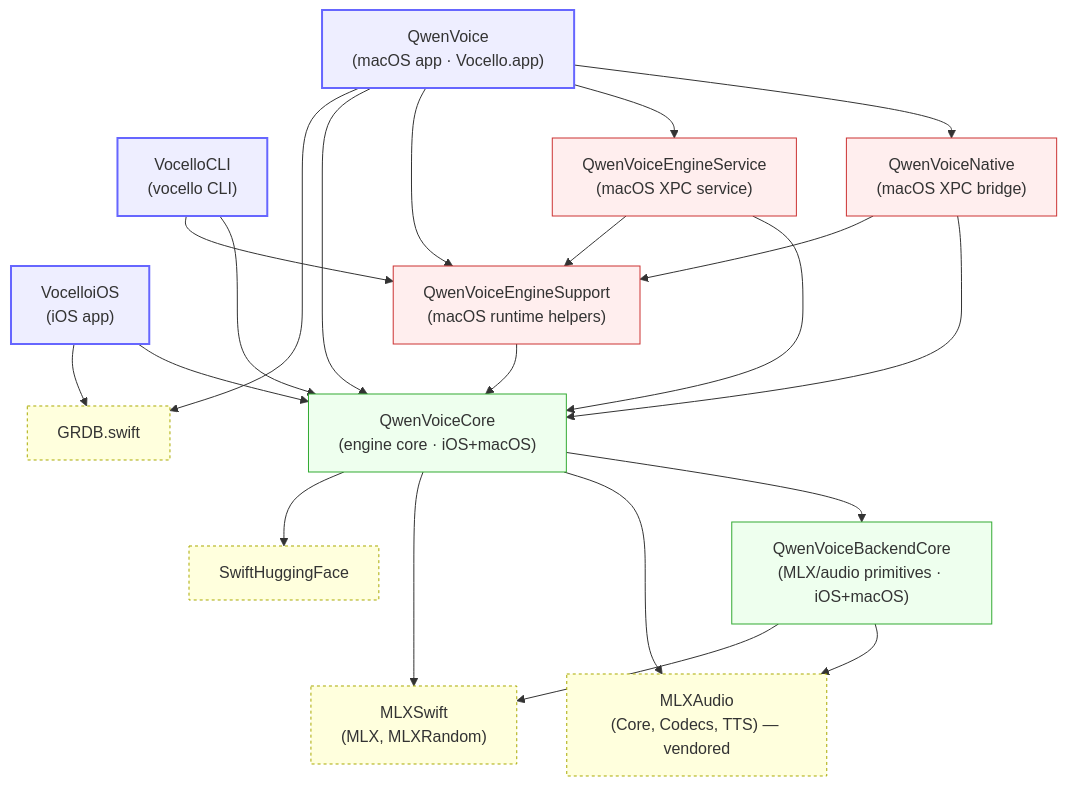
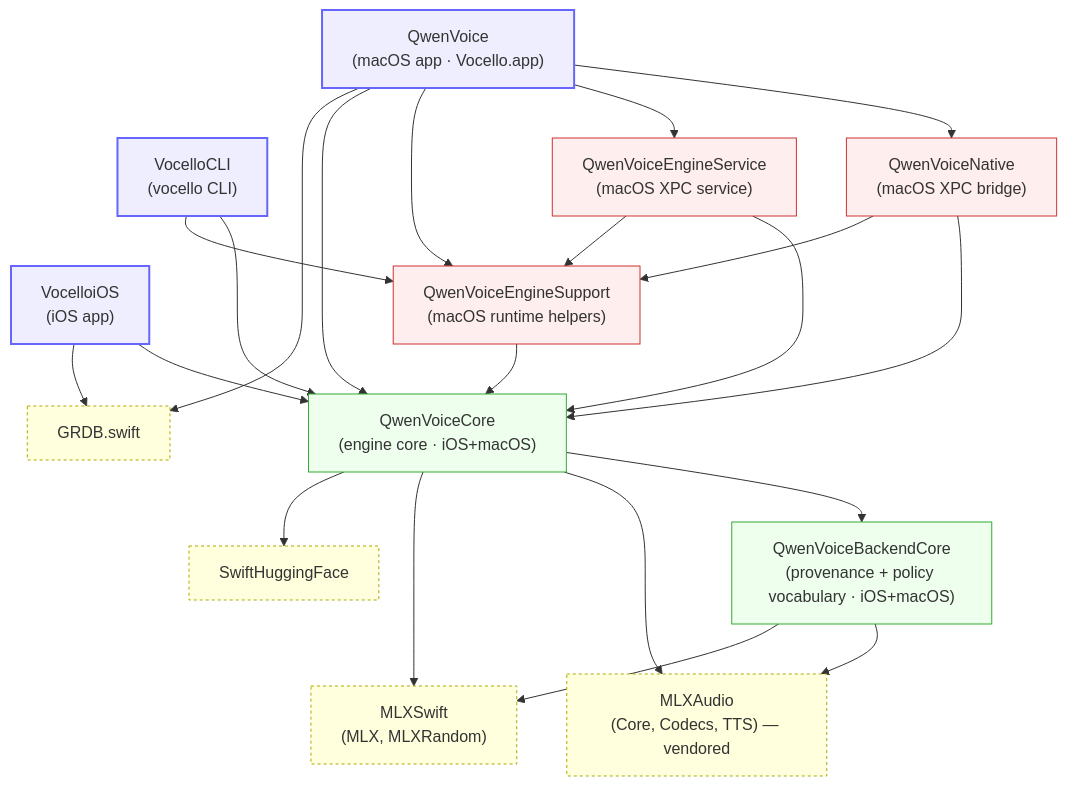
The first of 5 diagrams in docs/ARCHITECTURE.md (PowerBeef/QwenVoice), drawn with Mermaid before and after one commit. The commit also changed other lines of this file and 48 other files, not shown here.

````diff
--- a/docs/ARCHITECTURE.md
+++ b/docs/ARCHITECTURE.md
@@ -42,47 +44,47 @@
 ```mermaid
 graph TD
     classDef app fill:#eef,stroke:#66f,stroke-width:2px;
     classDef fw fill:#efe,stroke:#3a3;
     classDef macfw fill:#fee,stroke:#c33;
     classDef spm fill:#ffd,stroke:#aa0,stroke-dasharray:3 3;
 
     QwenVoice["QwenVoice<br/>(macOS app · Vocello.app)"]:::app
     VocelloiOS["VocelloiOS<br/>(iOS app)"]:::app
     VocelloCLI["VocelloCLI<br/>(vocello CLI)"]:::app
 
     QwenVoiceNative["QwenVoiceNative<br/>(macOS XPC bridge)"]:::macfw
     QwenVoiceEngineService["QwenVoiceEngineService<br/>(macOS XPC service)"]:::macfw
     QwenVoiceEngineSupport["QwenVoiceEngineSupport<br/>(macOS runtime helpers)"]:::macfw
     QwenVoiceCore["QwenVoiceCore<br/>(engine core · iOS+macOS)"]:::fw
-    QwenVoiceBackendCore["QwenVoiceBackendCore<br/>(MLX/audio primitives · iOS+macOS)"]:::fw
+    QwenVoiceBackendCore["QwenVoiceBackendCore<br/>(provenance + policy vocabulary · iOS+macOS)"]:::fw
 
     GRDB["GRDB.swift"]:::spm
     MLXAudio["MLXAudio<br/>(Core, Codecs, TTS) — vendored"]:::spm
     MLXSwift["MLXSwift<br/>(MLX, MLXRandom)"]:::spm
     SwiftHuggingFace["SwiftHuggingFace"]:::spm
 
     QwenVoice --> QwenVoiceNative
     QwenVoice --> QwenVoiceEngineService
     QwenVoice --> QwenVoiceEngineSupport
     QwenVoice --> QwenVoiceCore
     QwenVoice --> GRDB
 
     VocelloiOS --> QwenVoiceCore
     VocelloiOS --> GRDB
 
     VocelloCLI --> QwenVoiceCore
     VocelloCLI --> QwenVoiceEngineSupport
 
     QwenVoiceNative --> QwenVoiceCore
     QwenVoiceNative --> QwenVoiceEngineSupport
     QwenVoiceEngineService --> QwenVoiceCore
     QwenVoiceEngineService --> QwenVoiceEngineSupport
     QwenVoiceEngineSupport --> QwenVoiceCore
     QwenVoiceCore --> QwenVoiceBackendCore
 
     QwenVoiceBackendCore --> MLXAudio
     QwenVoiceBackendCore --> MLXSwift
     QwenVoiceCore --> MLXAudio
     QwenVoiceCore --> MLXSwift
     QwenVoiceCore --> SwiftHuggingFace
 ```
````
